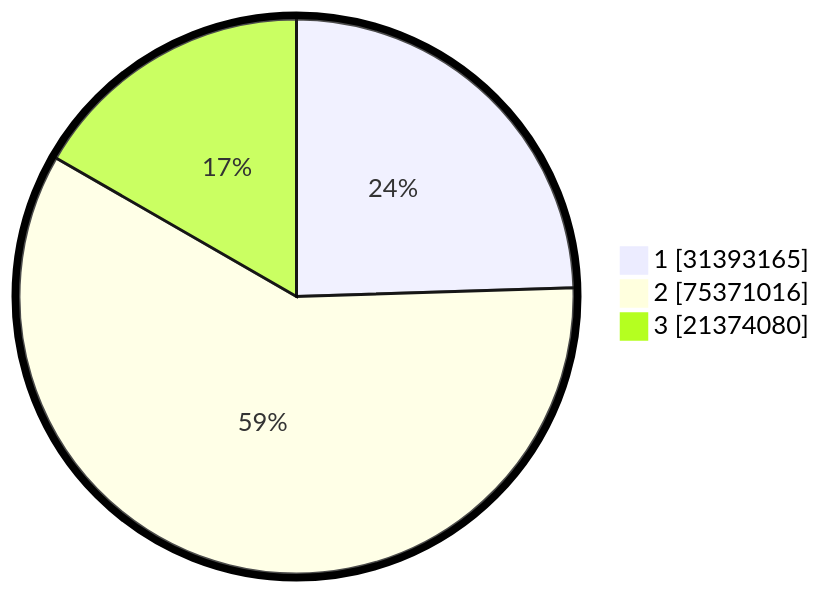
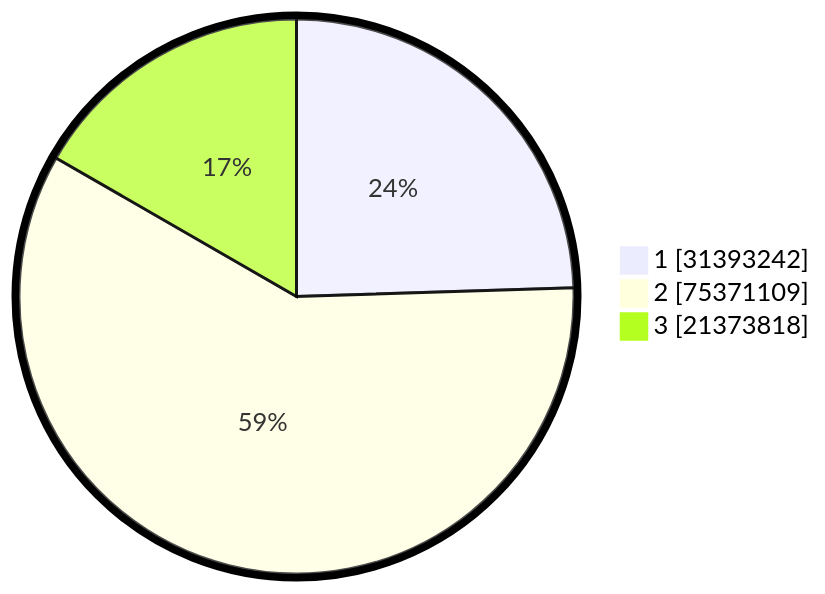
The second of 2 diagrams in pilpres/hitung-suara/README.md (gigit-pemilu/pemilu-2024), drawn with Mermaid before and after one commit. The commit also changed other lines of this file and 8 other files, not shown here.

````diff
--- a/pilpres/hitung-suara/README.md
+++ b/pilpres/hitung-suara/README.md
@@ -93,7 +93,7 @@
 ```mermaid
 %%{init: {"pie": {"textPosition": 0.5}, "themeVariables": {"pieOuterStrokeWidth": "5px"}} }%%
 pie showData
-    "1" : 31393165
-    "2" : 75371016
-    "3" : 21374080
+    "1" : 31393242
+    "2" : 75371109
+    "3" : 21373818
 ```
````
